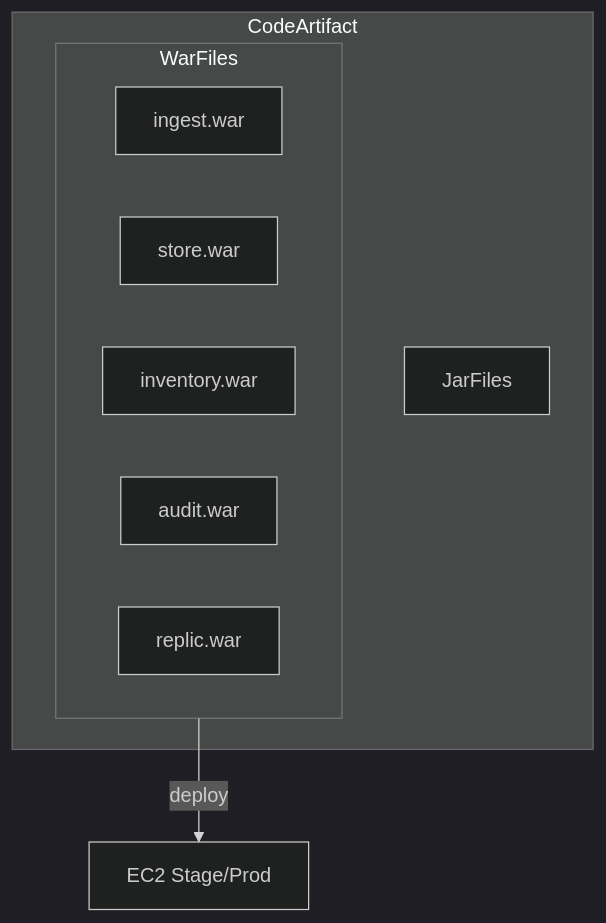
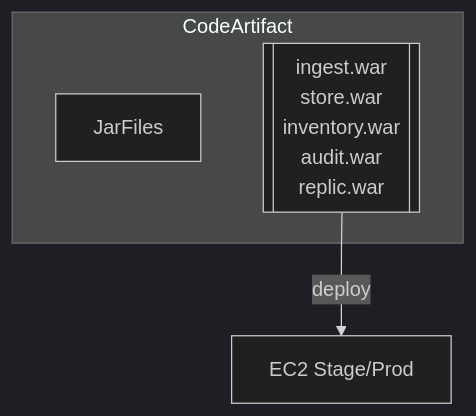
Before and after one commit to CDLUC3/mrt-doc: the fourth of 13 diagrams in design/aws-build/README.md, drawn with Mermaid (dark theme). The commit also changed other lines of this file, not shown here.

````diff
--- a/design/aws-build/README.md
+++ b/design/aws-build/README.md
@@ -136,16 +136,16 @@
 ```mermaid
 graph TD
   subgraph CodeArtifact
     JarFiles
     WarFiles
   end
-  subgraph WarFiles
+  WarFiles[["`
     ingest.war
     store.war
     inventory.war
     audit.war
     replic.war
-  end
+  `"]]
   EC2[EC2 Stage/Prod]
   WarFiles --> |deploy| EC2
 ```
````
